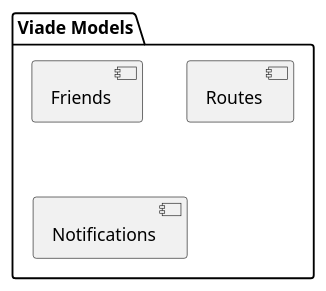
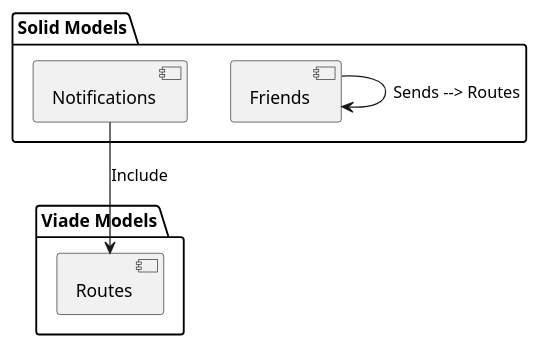
One commit to Arquisoft/viade_en1a changed the second of 3 diagrams in src/docs/05_building_block_view.adoc. Above: the diagram before and after it, drawn with PlantUML.

Commit message:
Improve black box model

```diff
--- a/src/docs/05_building_block_view.adoc
+++ b/src/docs/05_building_block_view.adoc
@@ -94,11 +94,14 @@
 [plantuml,"Models",png]
 ----
 package "Viade Models" {
+    [Routes] as Routes
+}
 
+package "Solid Models" {
     [Friends] as Friends
-
-    [Routes] as Routes
-
     [Notifications] as Notifications
 }
+
+Friends --> Friends :Sends --> Routes
+Notifications --> Routes :Include
 ----
```
